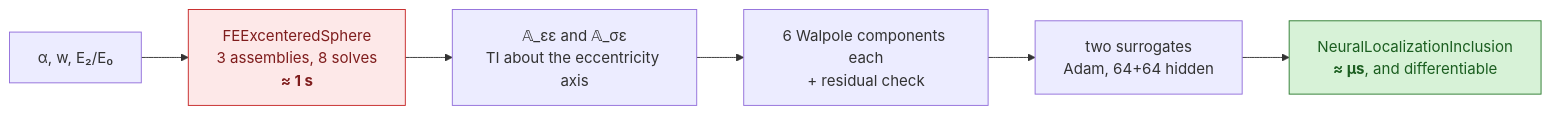
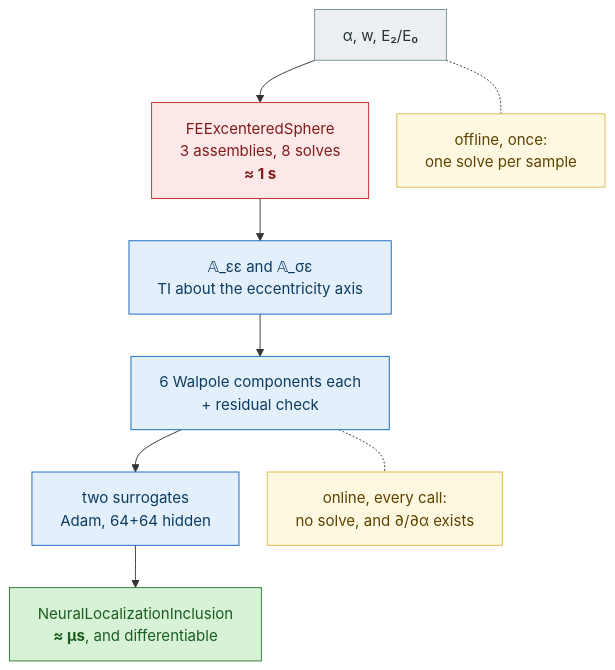
The diagram in docs/src/tutorials/generated/neural_excentered_sphere.md (MicroPoroChemoMechanics/MeanFieldHom.jl), drawn with Mermaid before and after one commit. The commit also changed 5 other files, not shown here.

Commit message:
Refactor Mermaid diagrams for improved readability and layout consistency in documentation

````diff
--- a/docs/src/tutorials/generated/neural_excentered_sphere.md
+++ b/docs/src/tutorials/generated/neural_excentered_sphere.md
@@ -26,13 +26,23 @@
 ```mermaid
-flowchart LR
+%%{init: {"flowchart": {"useMaxWidth": false, "nodeSpacing": 30, "rankSpacing": 45, "wrappingWidth": 280}} }%%
+flowchart TB
     P["α, w, E₂/E₀"] --> FE["FEExcenteredSphere<br/>3 assemblies, 8 solves<br/><b>≈ 1 s</b>"]
     FE --> AB["𝔸_εε and 𝔸_σε<br/>TI about the eccentricity axis"]
     AB --> LAB["6 Walpole components each<br/>+ residual check"]
     LAB --> FIT["two surrogates<br/>Adam, 64+64 hidden"]
     FIT --> USE["NeuralLocalizationInclusion<br/><b>≈ µs</b>, and differentiable"]
 
+    P -.- NT1["offline, once:<br/>one solve per sample"]
+    LAB -.- NT2["online, every call:<br/>no solve, and ∂/∂α exists"]
+
     classDef slow fill:#fde8e8,stroke:#c62828,color:#7f1d1d
     classDef fast fill:#d7f2d7,stroke:#2e7d32,color:#1b5e20
+    classDef st fill:#e3f0fb,stroke:#1565c0,color:#0d3c61
+    classDef inbox fill:#eceff1,stroke:#78909c,color:#263238
+    classDef note fill:#fff8e1,stroke:#e0b84c,color:#5d4200
     class FE slow
     class USE fast
+    class AB,LAB,FIT st
+    class P inbox
+    class NT1,NT2 note
 ```
````
